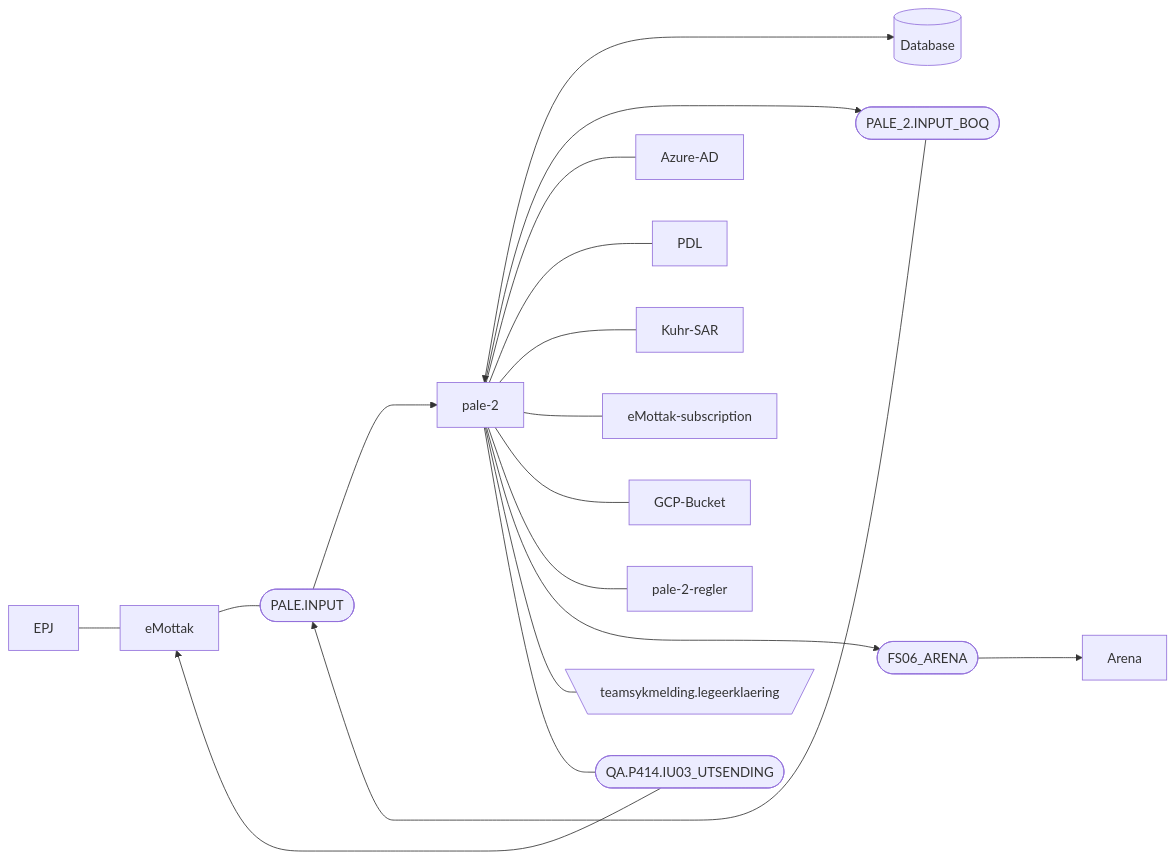
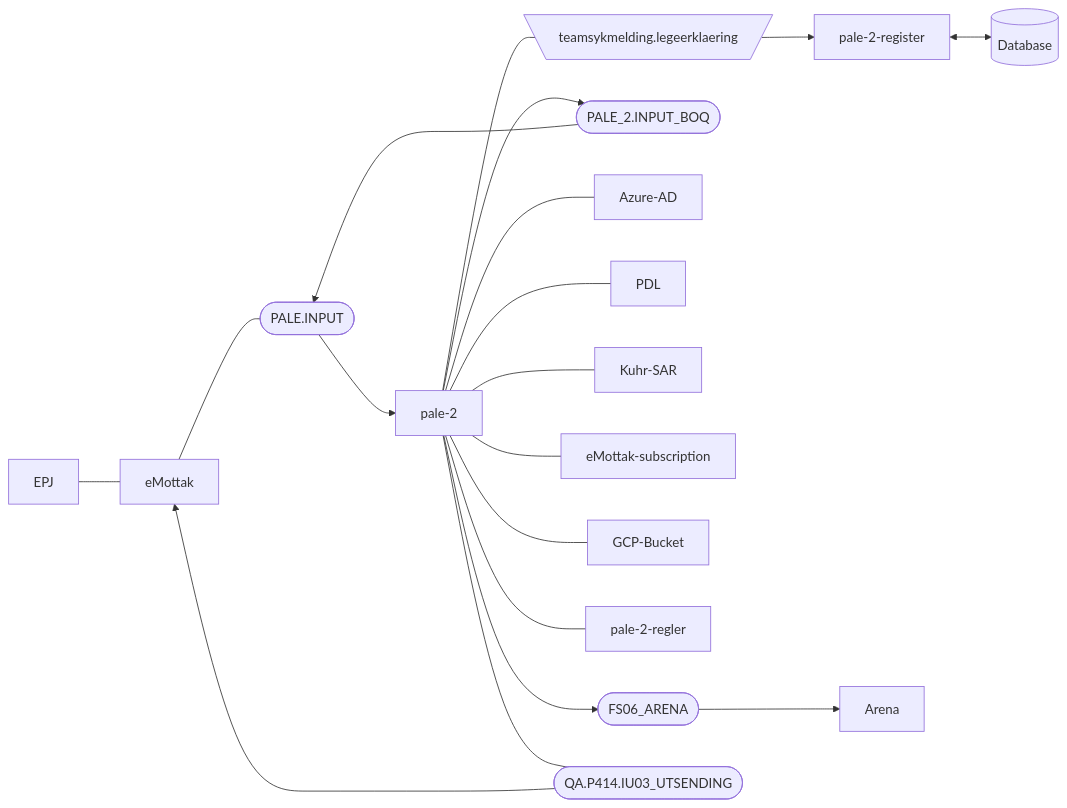
Before and after one commit to navikt/pale-2: the diagram in README.md, drawn with Mermaid. The commit also changed other lines of this file and 1 other file, not shown here.

Commit message:
Upgrade sevral libs

````diff
--- a/README.md
+++ b/README.md
@@ -10,20 +9,21 @@
 ```mermaid
-  graph LR;
-      EPJ---eMottak;
-      eMottak --- id2([PALE.INPUT]);
-      id2([PALE.INPUT]) ---> pale-2;
-      pale-2 <---> id1[(Database)];
-      pale-2 ---> id3([PALE_2.INPUT_BOQ]);
-      id3([PALE_2.INPUT_BOQ]) --->  id2([PALE.INPUT]);
-      pale-2 --- Azure-AD;
-      pale-2 --- PDL;
-      pale-2 --- Kuhr-SAR;
-      pale-2 --- eMottak-subscription;
-      pale-2 --- GCP-Bucket;
-      pale-2 --- pale-2-regler;
-      pale-2 ---> id5([FS06_ARENA]);
-      id5([FS06_ARENA]) ---> Arena;
-      pale-2 --- A[\teamsykmelding.legeerklaering/];
-      pale-2 --- id6([QA.P414.IU03_UTSENDING]);
-      id6([QA.P414.IU03_UTSENDING]) ---> eMottak;
+  graph LR
+      EPJ --- eMottak
+      eMottak --- id2([PALE.INPUT])
+      id2([PALE.INPUT]) --> pale-2
+      A[\teamsykmelding.legeerklaering/] --> pale-2-register 
+      pale-2-register <--> id1[(Database)];
+      pale-2 --> id3([PALE_2.INPUT_BOQ])
+      id3([PALE_2.INPUT_BOQ]) -->  id2([PALE.INPUT])
+      pale-2 --- Azure-AD
+      pale-2 --- PDL
+      pale-2 --- Kuhr-SAR
+      pale-2 --- eMottak-subscription
+      pale-2 --- GCP-Bucket
+      pale-2 --- pale-2-regler
+      pale-2 --> id5([FS06_ARENA])
+      id5([FS06_ARENA]) --> Arena
+      pale-2 --- A[\teamsykmelding.legeerklaering/]
+      pale-2 --- id6([QA.P414.IU03_UTSENDING])
+      id6([QA.P414.IU03_UTSENDING]) --> eMottak;
 ```
````
